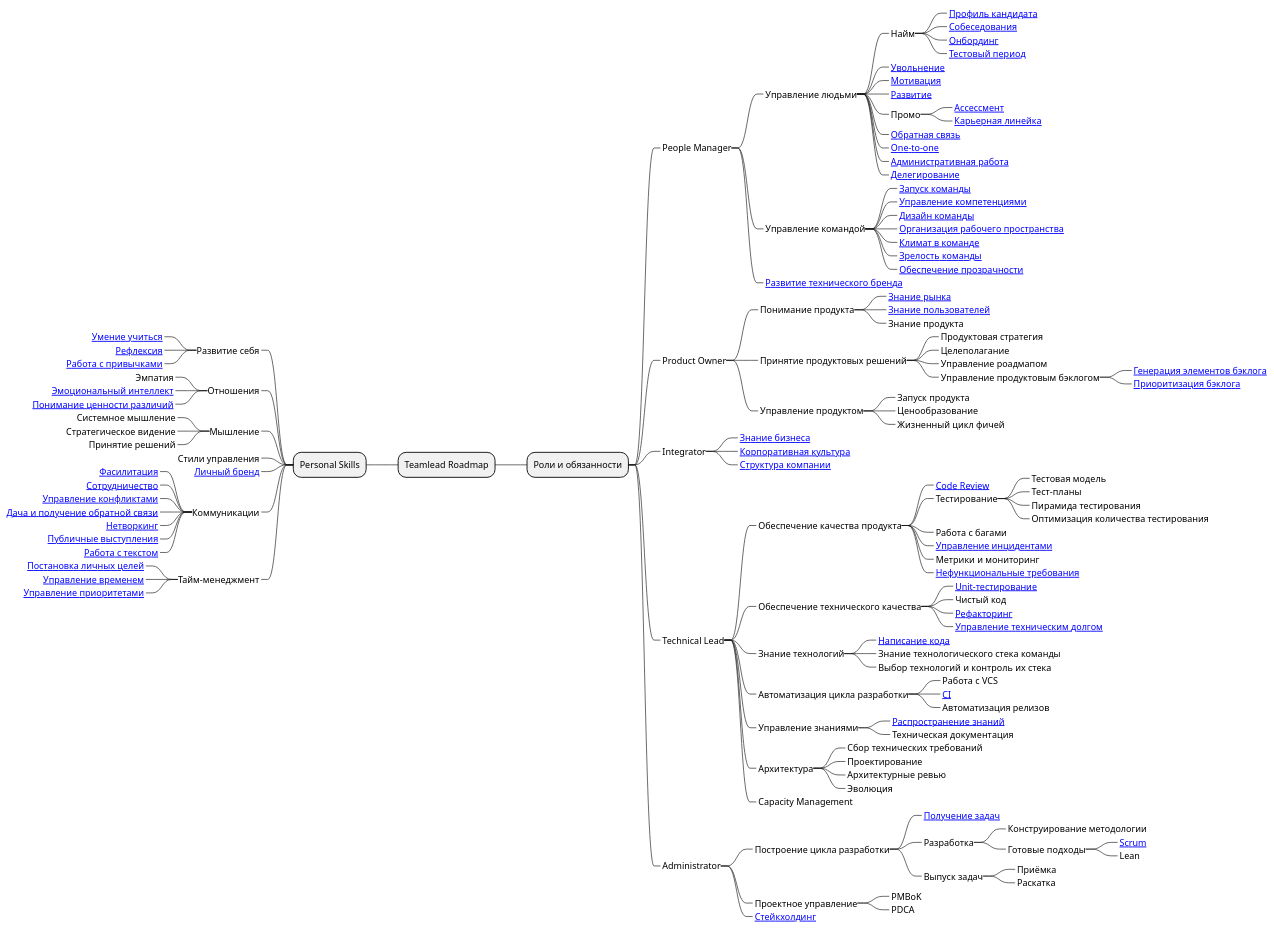
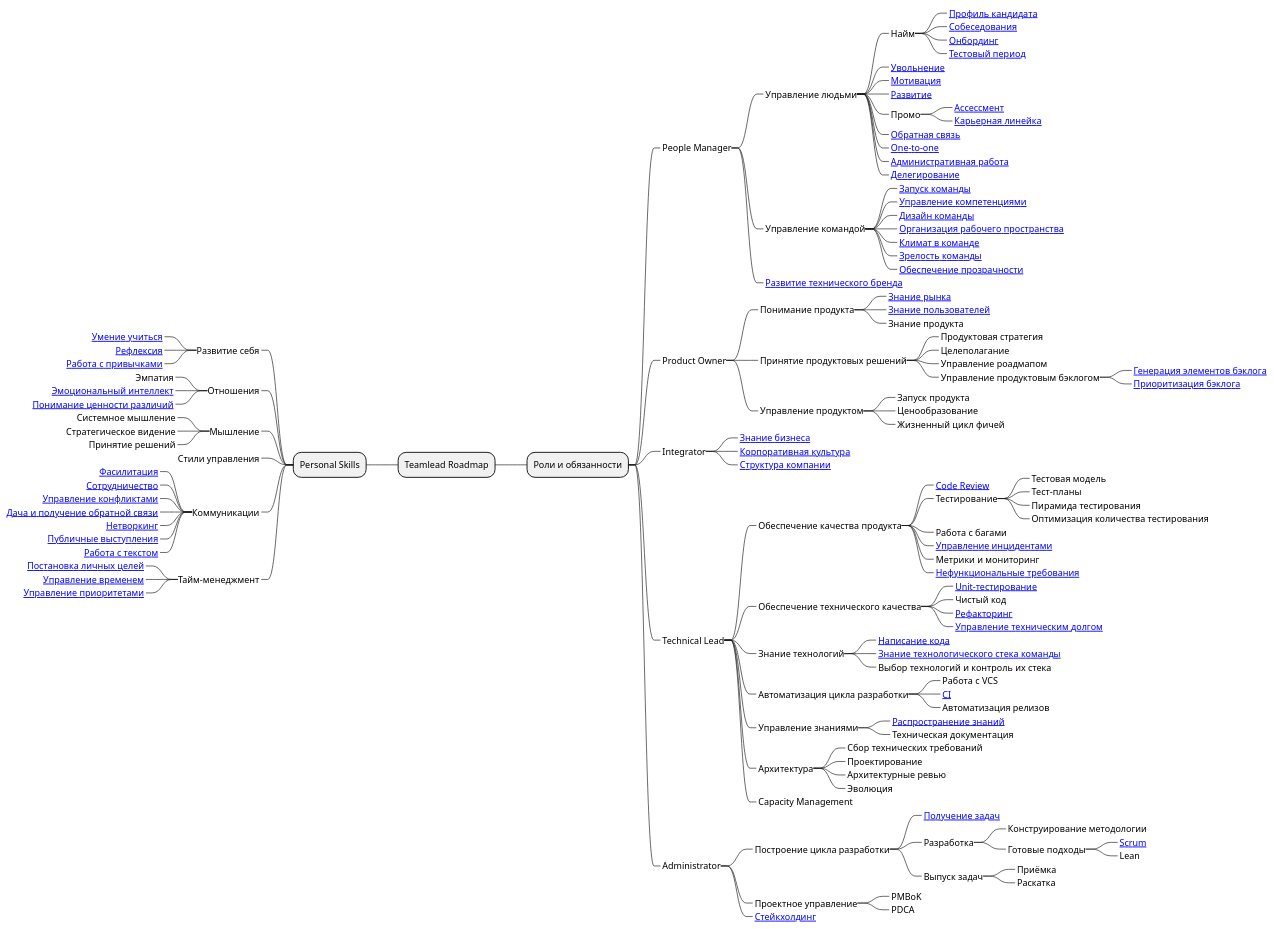
One commit to tlbootcamp/tlroadmap changed the diagram in roadmap.puml. Above: the diagram before and after it, drawn with PlantUML. The commit also changed 3 other files, not shown here.

```diff
--- a/roadmap.puml
+++ b/roadmap.puml
@@ -1,130 +1,129 @@
 @startmindmap
 * Teamlead Roadmap
 ** Роли и обязанности
 ***_ People Manager
 ****_ Управление людьми
 *****_ Найм
 ******_ [[https://github.com/tlbootcamp/tlroadmap/blob/master/skills/resource-manager/profile.md Профиль кандидата]]
 ******_ [[https://github.com/tlbootcamp/tlroadmap/blob/master/skills/resource-manager/interview.md Собеседования]]
 ******_ [[https://github.com/tlbootcamp/tlroadmap/blob/master/skills/resource-manager/onboarding.md Онбординг]]
 ******_ [[https://github.com/tlbootcamp/tlroadmap/blob/master/skills/resource-manager/test-period.md Тестовый период]]
 *****_ [[https://github.com/tlbootcamp/tlroadmap/blob/master/skills/resource-manager/firing.md Увольнение]]
 *****_ [[https://github.com/tlbootcamp/tlroadmap/blob/master/skills/resource-manager/motivation.md Мотивация]]
 *****_ [[https://github.com/tlbootcamp/tlroadmap/blob/master/skills/resource-manager/development.md Развитие]]
 *****_ Промо
 ******_ [[https://github.com/tlbootcamp/tlroadmap/blob/master/skills/resource-manager/assessment.md Ассессмент]]
 ******_ [[https://github.com/tlbootcamp/tlroadmap/blob/master/skills/resource-manager/career.md Карьерная линейка]]
 *****_ [[https://github.com/tlbootcamp/tlroadmap/blob/master/skills/resource-manager/feedback.md Обратная связь]]
 *****_ [[https://github.com/tlbootcamp/tlroadmap/blob/master/skills/resource-manager/one-to-one.md One-to-one]]
 *****_ [[https://github.com/tlbootcamp/tlroadmap/blob/master/skills/resource-manager/admin.md Административная работа]]
 *****_ [[https://github.com/tlbootcamp/tlroadmap/blob/master/skills/resource-manager/delegation.md Делегирование]]
 ****_ Управление командой
 *****_ [[https://github.com/tlbootcamp/tlroadmap/blob/master/skills/resource-manager/team-launch.md Запуск команды]]
 *****_ [[https://github.com/tlbootcamp/tlroadmap/blob/master/skills/resource-manager/competency-management.md Управление компетенциями]]
 *****_ [[https://github.com/tlbootcamp/tlroadmap/blob/master/skills/resource-manager/team-design.md Дизайн команды]]
 *****_ [[https://github.com/tlbootcamp/tlroadmap/blob/master/skills/resource-manager/workspace.md Организация рабочего пространства]]
 *****_ [[https://github.com/tlbootcamp/tlroadmap/blob/master/skills/resource-manager/team-climate.md Климат в команде]]
 *****_ [[https://github.com/tlbootcamp/tlroadmap/blob/master/skills/resource-manager/team-maturity.md Зрелость команды]]
 *****_ [[https://github.com/tlbootcamp/tlroadmap/blob/master/skills/resource-manager/transparency.md Обеспечение прозрачности]]
 ****_ [[https://github.com/tlbootcamp/tlroadmap/blob/master/skills/resource-manager/techpr.md Развитие технического бренда]]
 ***_ Product Owner
 ****_ Понимание продукта
 *****_ [[https://github.com/tlbootcamp/tlroadmap/blob/master/skills/product-owner/market-knowledge.md Знание рынка]]
 *****_ [[https://github.com/tlbootcamp/tlroadmap/blob/master/skills/product-owner/user-knowledge.md Знание пользователей]]
 *****_ Знание продукта
 ****_ Принятие продуктовых решений
 *****_ Продуктовая стратегия
 *****_ Целеполагание
 *****_ Управление роадмапом
 *****_ Управление продуктовым бэклогом
 ******_ [[https://github.com/tlbootcamp/tlroadmap/blob/master/skills/product-owner/backlog-generation.md Генерация элементов бэклога]]
 ******_ [[https://github.com/tlbootcamp/tlroadmap/blob/master/skills/product-owner/backlog-prioritization.md Приоритизация бэклога]]
 ****_ Управление продуктом
 *****_ Запуск продукта
 *****_ Ценообразование
 *****_ Жизненный цикл фичей
 ***_ Integrator
 ****_ [[https://github.com/tlbootcamp/tlroadmap/blob/master/skills/integrator/business-knowledge.md Знание бизнеса]]
 ****_ [[https://github.com/tlbootcamp/tlroadmap/blob/master/skills/integrator/corporate-culture.md Корпоративная культура]]
 ****_ [[https://github.com/tlbootcamp/tlroadmap/blob/master/skills/integrator/company-structure.md Структура компании]]
 ***_ Technical Lead
 ****_ Обеспечение качества продукта
 *****_ [[https://github.com/tlbootcamp/tlroadmap/blob/master/skills/technical-lead/code-review.md Code Review]]
 *****_ Тестирование
 ******_ Тестовая модель
 ******_ Тест-планы
 ******_ Пирамида тестирования
 ******_ Оптимизация количества тестирования
 *****_ Работа с багами
 *****_ [[https://github.com/tlbootcamp/tlroadmap/blob/master/skills/technical-lead/incident-management.md Управление инцидентами]]
 *****_ Метрики и мониторинг
 *****_ [[https://github.com/tlbootcamp/tlroadmap/blob/master/skills/technical-lead/nfr.md Нефункциональные требования]]
 ****_ Обеспечение технического качества
 *****_ [[https://github.com/tlbootcamp/tlroadmap/blob/master/skills/technical-lead/unit-testing.md Unit-тестирование]]
 *****_ Чистый код
 *****_ [[https://github.com/tlbootcamp/tlroadmap/blob/master/skills/technical-lead/refactoring.md Рефакторинг]]
 *****_ [[https://github.com/tlbootcamp/tlroadmap/blob/master/skills/technical-lead/technical-debt.md Управление техническим долгом]]
 ****_ Знание технологий
 *****_ [[https://github.com/tlbootcamp/tlroadmap/blob/master/skills/technical-lead/code.md Написание кода]]
-*****_ Знание технологического стека команды
+*****_ [[https://github.com/tlbootcamp/tlroadmap/blob/master/skills/technical-lead/stack-knowledge.md Знание технологического стека команды]]
 *****_ Выбор технологий и контроль их стека
 ****_ Автоматизация цикла разработки
 *****_ Работа с VCS
 *****_ [[https://github.com/tlbootcamp/tlroadmap/blob/master/skills/technical-lead/ci.md CI]]
 *****_ Автоматизация релизов
 ****_ Управление знаниями
 *****_ [[https://github.com/tlbootcamp/tlroadmap/blob/master/skills/technical-lead/knowledge-management.md Распространение знаний]]
 *****_ Техническая документация
 ****_ Архитектура
 *****_ Сбор технических требований
 *****_ Проектирование
 *****_ Архитектурные ревью
 *****_ Эволюция
 ****_ Capacity Management
 ***_ Administrator
 ****_ Построение цикла разработки
 *****_ [[https://github.com/tlbootcamp/tlroadmap/blob/master/skills/administrator/task-inbox.md Получение задач]]
 *****_ Разработка
 ******_ Конструирование методологии
 ******_ Готовые подходы
 *******_ [[https://github.com/tlbootcamp/tlroadmap/blob/master/skills/administrator/scrum.md Scrum]]
 *******_ Lean
 *****_ Выпуск задач
 ******_ Приёмка
 ******_ Раскатка
 ****_ Проектное управление
 *****_ PMBoK
 *****_ PDCA
 ****_ [[https://github.com/tlbootcamp/tlroadmap/blob/master/skills/administrator/stakeholding.md Стейкхолдинг]]
 
 left side
 
 ** Personal Skills
 ***_ Развитие себя
 ****_ [[https://github.com/tlbootcamp/tlroadmap/blob/master/skills/self-improvement/learning.md Умение учиться]]
 ****_ [[https://github.com/tlbootcamp/tlroadmap/blob/master/skills/self-improvement/reflection.md Рефлексия]]
 ****_ [[https://github.com/tlbootcamp/tlroadmap/blob/master/skills/self-improvement/habits.md Работа с привычками]]
 ***_ Отношения
 ****_ Эмпатия
 ****_ [[https://github.com/tlbootcamp/tlroadmap/blob/master/skills/self-improvement/emotional-intelligence.md Эмоциональный интеллект]]
 ****_ [[https://github.com/tlbootcamp/tlroadmap/blob/master/skills/self-improvement/diversity.md Понимание ценности различий]]
 ***_ Мышление
 ****_ Системное мышление
 ****_ Стратегическое видение
 ****_ Принятие решений
 ***_ Стили управления
-***_ [[https://github.com/tlbootcamp/tlroadmap/blob/master/skills/self-improvement/personal-brand.md Личный бренд]]
 ***_ Коммуникации
 ****_ [[https://github.com/tlbootcamp/tlroadmap/blob/master/skills/self-improvement/facilitation.md Фасилитация]]
 ****_ [[https://github.com/tlbootcamp/tlroadmap/blob/master/skills/self-improvement/cooperation.md Сотрудничество]]
 ****_ [[https://github.com/tlbootcamp/tlroadmap/blob/master/skills/self-improvement/conflicts.md Управление конфликтами]]
 ****_ [[https://github.com/tlbootcamp/tlroadmap/blob/master/skills/self-improvement/feedback.md Дача и получение обратной связи]]
 ****_ [[https://github.com/tlbootcamp/tlroadmap/blob/master/skills/self-improvement/networking.md Нетворкинг]]
 ****_ [[https://github.com/tlbootcamp/tlroadmap/blob/master/skills/self-improvement/public-speaking.md Публичные выступления]]
 ****_ [[https://github.com/tlbootcamp/tlroadmap/blob/master/skills/self-improvement/text.md Работа с текстом]]
 ***_ Тайм-менеджмент
 ****_ [[https://github.com/tlbootcamp/tlroadmap/blob/master/skills/self-improvement/goal-setting.md Постановка личных целей]]
 ****_ [[https://github.com/tlbootcamp/tlroadmap/blob/master/skills/self-improvement/time-management.md Управление временем]]
 ****_ [[https://github.com/tlbootcamp/tlroadmap/blob/master/skills/self-improvement/prioritization.md Управление приоритетами]]
 
 @endmindmap
```
